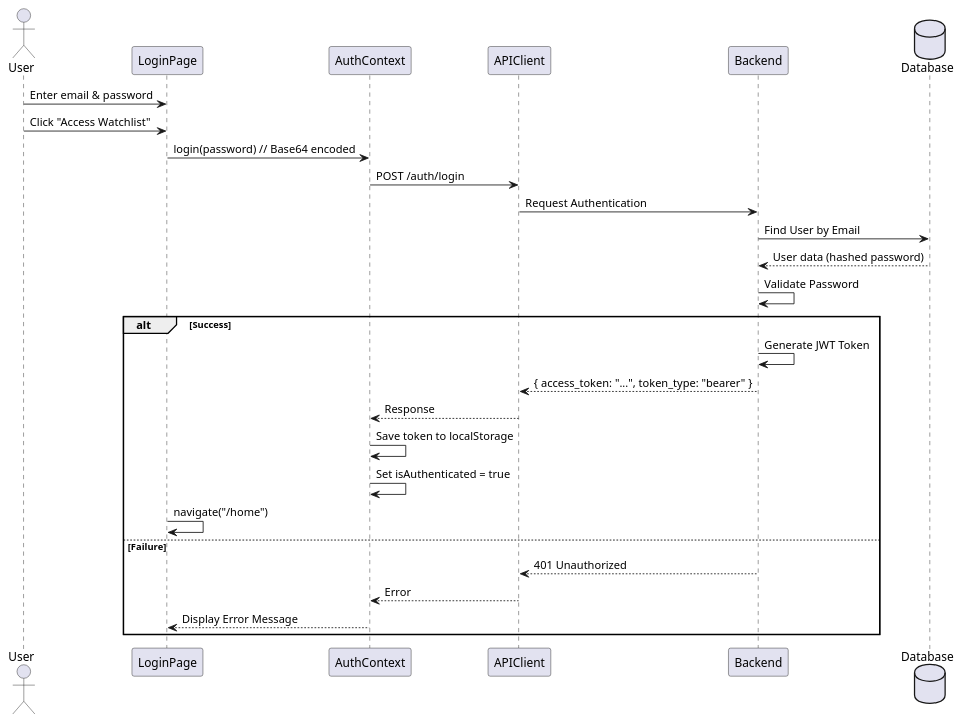
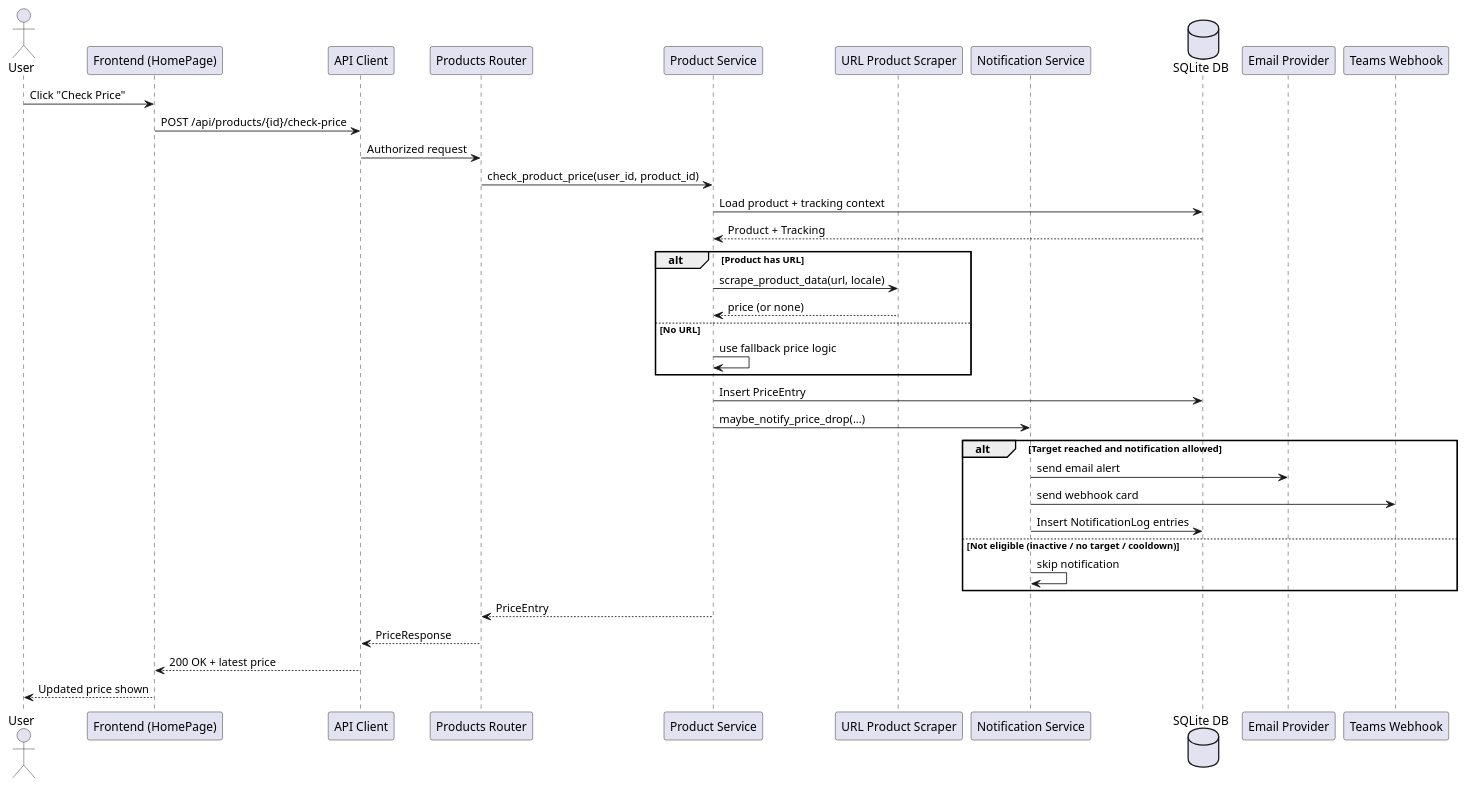
Before and after one commit to TheJokerGun/PriceGoblin: the diagram in docs/sequence_diagram.puml, drawn with PlantUML. The commit also changed 21 other files, not shown here.

First line of the commit message:
Add user manual, update diagrams, and enhance notification service

```diff
--- a/docs/sequence_diagram.puml
+++ b/docs/sequence_diagram.puml
@@ -1,32 +1,43 @@
-@startuml Sequence Diagram
+@startuml SequenceDiagram
 actor User
-participant LoginPage
-participant AuthContext
-participant APIClient
-participant Backend
-database Database
+participant "Frontend (HomePage)" as Frontend
+participant "API Client" as API
+participant "Products Router" as ProductsRoute
+participant "Product Service" as ProductService
+participant "URL Product Scraper" as UrlScraper
+participant "Notification Service" as NotificationService
+database "SQLite DB" as DB
+participant "Email Provider" as Email
+participant "Teams Webhook" as Teams
 
-User -> LoginPage: Enter email & password
-User -> LoginPage: Click "Access Watchlist"
+User -> Frontend: Click "Check Price"
+Frontend -> API: POST /api/products/{id}/check-price
+API -> ProductsRoute: Authorized request
+ProductsRoute -> ProductService: check_product_price(user_id, product_id)
 
-LoginPage -> AuthContext: login(password) // Base64 encoded
-AuthContext -> APIClient: POST /auth/login
-APIClient -> Backend: Request Authentication
+ProductService -> DB: Load product + tracking context
+DB --> ProductService: Product + Tracking
 
-Backend -> Database: Find User by Email
-Database --> Backend: User data (hashed password)
+alt Product has URL
+  ProductService -> UrlScraper: scrape_product_data(url, locale)
+  UrlScraper --> ProductService: price (or none)
+else No URL
+  ProductService -> ProductService: use fallback price logic
+end
 
-Backend -> Backend: Validate Password
-alt Success
-  Backend -> Backend: Generate JWT Token
-  Backend --> APIClient: { access_token: "...", token_type: "bearer" }
-  APIClient --> AuthContext: Response
-  AuthContext -> AuthContext: Save token to localStorage
-  AuthContext -> AuthContext: Set isAuthenticated = true
-  LoginPage -> LoginPage: navigate("/home")
-else Failure
-  Backend --> APIClient: 401 Unauthorized
-  APIClient --> AuthContext: Error
-  AuthContext --> LoginPage: Display Error Message
+ProductService -> DB: Insert PriceEntry
+ProductService -> NotificationService: maybe_notify_price_drop(...)
+
+alt Target reached and notification allowed
+  NotificationService -> Email: send email alert
+  NotificationService -> Teams: send webhook card
+  NotificationService -> DB: Insert NotificationLog entries
+else Not eligible (inactive / no target / cooldown)
+  NotificationService -> NotificationService: skip notification
 end
+
+ProductService --> ProductsRoute: PriceEntry
+ProductsRoute --> API: PriceResponse
+API --> Frontend: 200 OK + latest price
+Frontend --> User: Updated price shown
 @enduml
```
